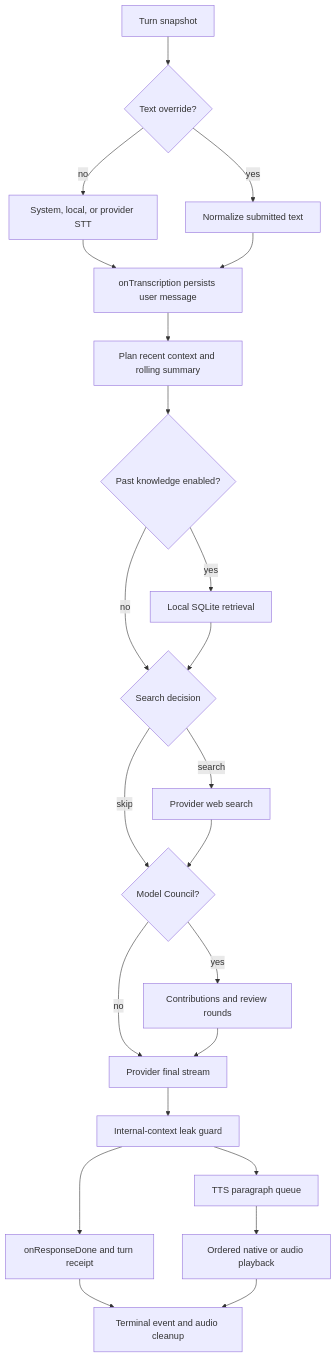
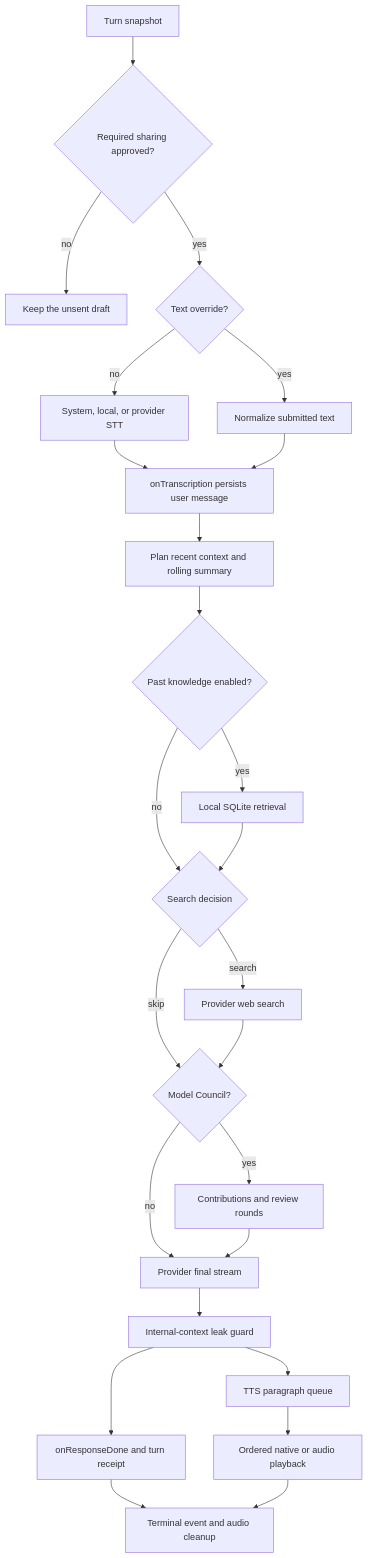
The first of 3 diagrams in src/services/voicePipeline/DESIGN.md (hurrtz/mrbroccoli), drawn with Mermaid before and after one commit. The commit also changed other lines of this file and 131 other files, not shown here.

````diff
--- a/src/services/voicePipeline/DESIGN.md
+++ b/src/services/voicePipeline/DESIGN.md
@@ -24,25 +24,27 @@
 ```mermaid
 flowchart TD
-    Start[Turn snapshot] --> Input{Text override?}
+    Start[Turn snapshot] --> Sharing{Required sharing approved?}
+    Sharing -->|no| Stop[Keep the unsent draft]
+    Sharing -->|yes| Input{Text override?}
     Input -->|yes| Normalize[Normalize submitted text]
     Input -->|no| STT[System, local, or provider STT]
     STT --> User[onTranscription persists user message]
     Normalize --> User
     User --> Context[Plan recent context and rolling summary]
     Context --> Knowledge{Past knowledge enabled?}
     Knowledge -->|yes| Retrieve[Local SQLite retrieval]
     Knowledge -->|no| Search
     Retrieve --> Search{Search decision}
     Search -->|search| SearchCall[Provider web search]
     Search -->|skip| Deliberation
     SearchCall --> Deliberation{Model Council?}
     Deliberation -->|yes| Council[Contributions and review rounds]
     Deliberation -->|no| Response
     Council --> Response[Provider final stream]
     Response --> Guard[Internal-context leak guard]
     Guard --> Persist[onResponseDone and turn receipt]
     Guard --> Queue[TTS paragraph queue]
     Queue --> Playback[Ordered native or audio playback]
     Persist --> Cleanup[Terminal event and audio cleanup]
     Playback --> Cleanup
 ```
````
